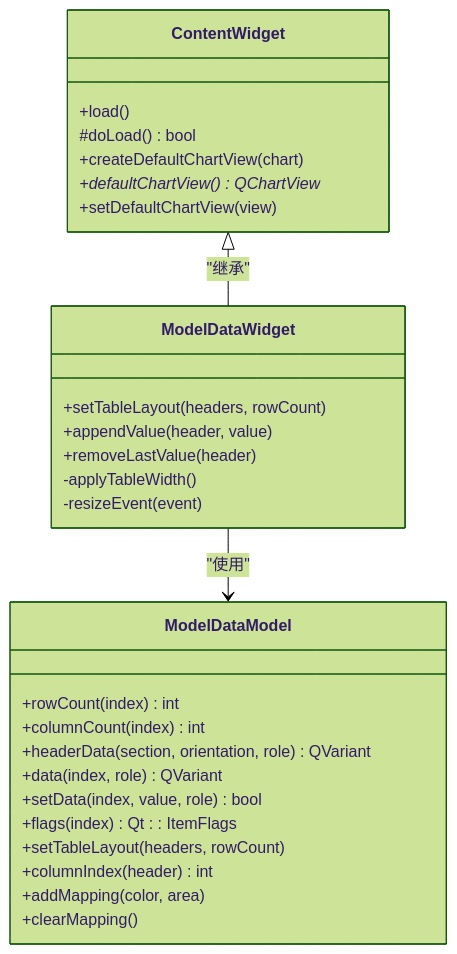
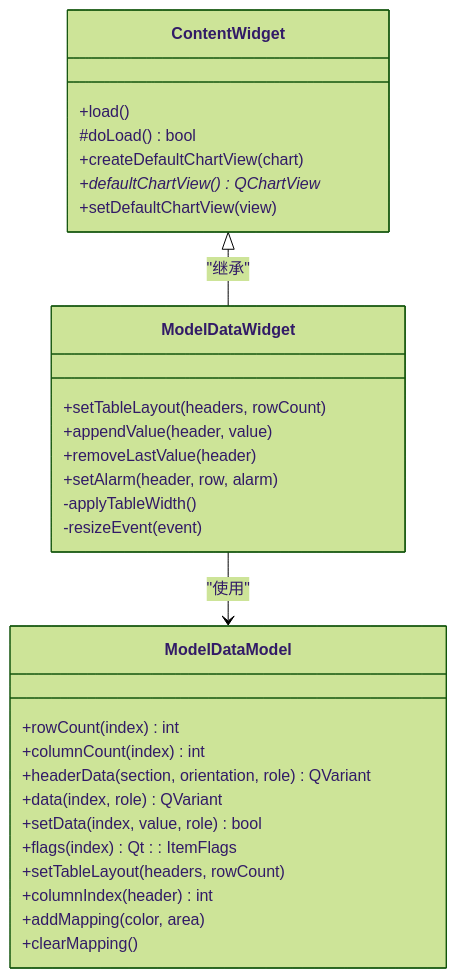
One commit to yangreest/Zero-value-Insulator-Robot-V2 changed the eighth of 9 diagrams in .qoder/repowiki/zh/content/系统架构/模块结构/UI模块.md. Above: the diagram before and after it, drawn with Mermaid (forest theme). The commit also changed other lines of this file and 22 other files, not shown here.

````diff
--- a/.qoder/repowiki/zh/content/系统架构/模块结构/UI模块.md
+++ b/.qoder/repowiki/zh/content/系统架构/模块结构/UI模块.md
@@ -248,31 +429,32 @@
 ```mermaid
 classDiagram
 class ContentWidget {
 +load()
 #doLoad() bool
 +createDefaultChartView(chart)
 +defaultChartView() QChartView*
 +setDefaultChartView(view)
 }
 class ModelDataWidget {
 +setTableLayout(headers, rowCount)
 +appendValue(header, value)
 +removeLastValue(header)
++setAlarm(header, row, alarm)
 -applyTableWidth()
 -resizeEvent(event)
 }
 class ModelDataModel {
 +rowCount(index) int
 +columnCount(index) int
 +headerData(section, orientation, role) QVariant
 +data(index, role) QVariant
 +setData(index, value, role) bool
 +flags(index) Qt : : ItemFlags
 +setTableLayout(headers, rowCount)
 +columnIndex(header) int
 +addMapping(color, area)
 +clearMapping()
 }
 ContentWidget <|-- ModelDataWidget : "继承"
 ModelDataWidget --> ModelDataModel : "使用"
 ```
````
